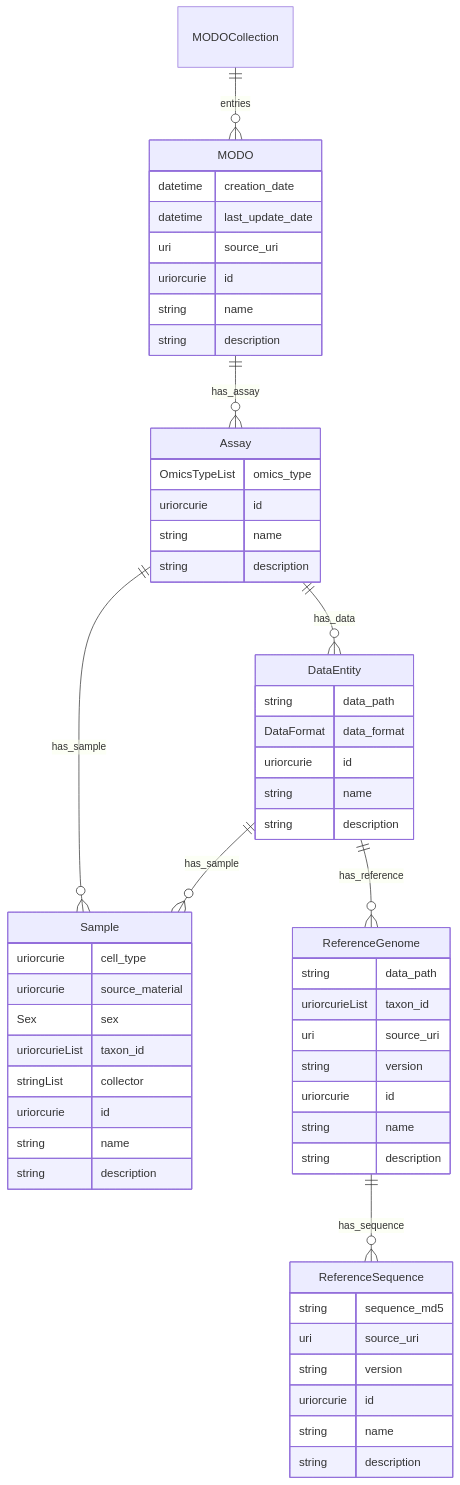
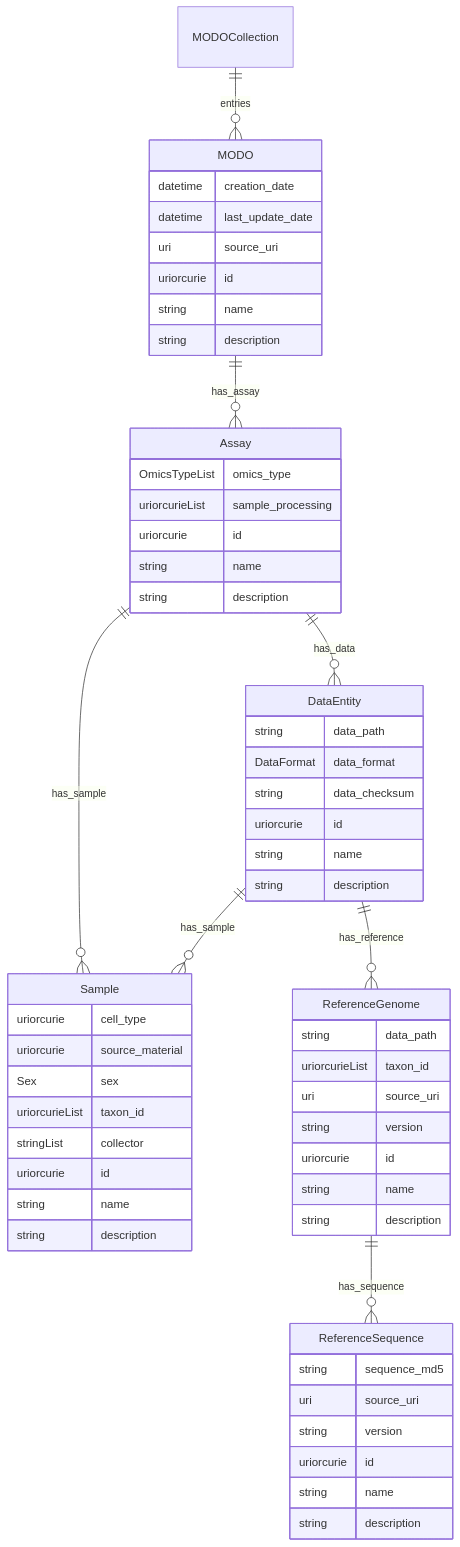
One commit to sdsc-ordes/modos-schema changed the diagram in README.md. Above: the diagram before and after it, drawn with Mermaid.

Commit message:
docs(readme): update ER diagram (#24)

````diff
--- a/README.md
+++ b/README.md
@@ -5,63 +5,65 @@
 ```mermaid
 erDiagram
 MODOCollection {
 
 }
 MODO {
     datetime creation_date
     datetime last_update_date
     uri source_uri
     uriorcurie id
     string name
     string description
 }
 Assay {
     OmicsTypeList omics_type
+    uriorcurieList sample_processing
     uriorcurie id
     string name
     string description
 }
 DataEntity {
     string data_path
     DataFormat data_format
+    string data_checksum
     uriorcurie id
     string name
     string description
 }
 ReferenceGenome {
     string data_path
     uriorcurieList taxon_id
     uri source_uri
     string version
     uriorcurie id
     string name
     string description
 }
 ReferenceSequence {
     string sequence_md5
     uri source_uri
     string version
     uriorcurie id
     string name
     string description
 }
 Sample {
     uriorcurie cell_type
     uriorcurie source_material
     Sex sex
     uriorcurieList taxon_id
     stringList collector
     uriorcurie id
     string name
     string description
 }
 
 MODOCollection ||--}o MODO : "entries"
 MODO ||--}o Assay : "has_assay"
 Assay ||--}o Sample : "has_sample"
 Assay ||--}o DataEntity : "has_data"
 DataEntity ||--}o Sample : "has_sample"
 DataEntity ||--}o ReferenceGenome : "has_reference"
 ReferenceGenome ||--}o ReferenceSequence : "has_sequence"
 
 ```
````
